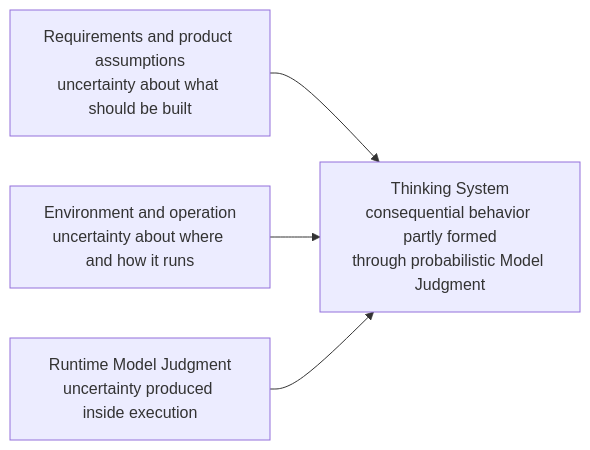
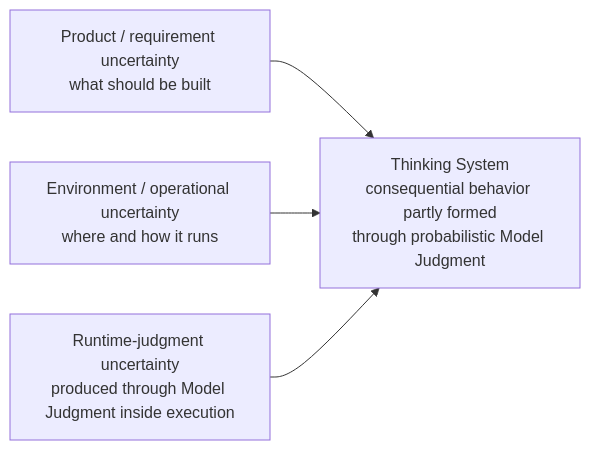
The fifth of 15 diagrams in content/research/notes/open-engineering-specification-article-draft.md (UncertaintyArchitectureGroup/uncertainty-architecture), drawn with Mermaid before and after one commit. The commit also changed other lines of this file and 1 other file, not shown here.

````diff
--- a/content/research/notes/open-engineering-specification-article-draft.md
+++ b/content/research/notes/open-engineering-specification-article-draft.md
@@ -287,11 +289,11 @@
 ```mermaid
 flowchart LR
-    R["Requirements and product assumptions<br/>uncertainty about what should be built"]
-    O["Environment and operation<br/>uncertainty about where and how it runs"]
-    J["Runtime Model Judgment<br/>uncertainty produced inside execution"]
+    R["Product / requirement uncertainty<br/>what should be built"]
+    O["Environment / operational uncertainty<br/>where and how it runs"]
+    J["Runtime-judgment uncertainty<br/>produced through Model Judgment inside execution"]
     S["Thinking System<br/>consequential behavior partly formed<br/>through probabilistic Model Judgment"]
 
     R --> S
     O --> S
     J --> S
 ```
````
